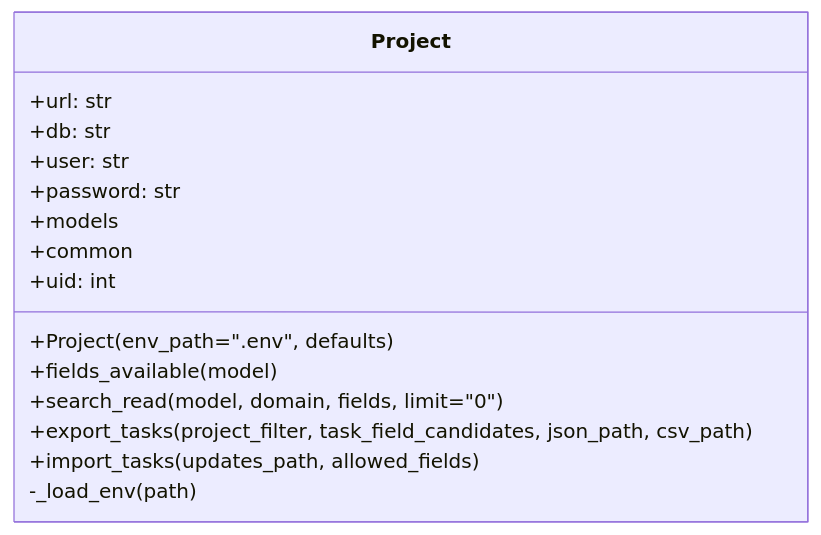
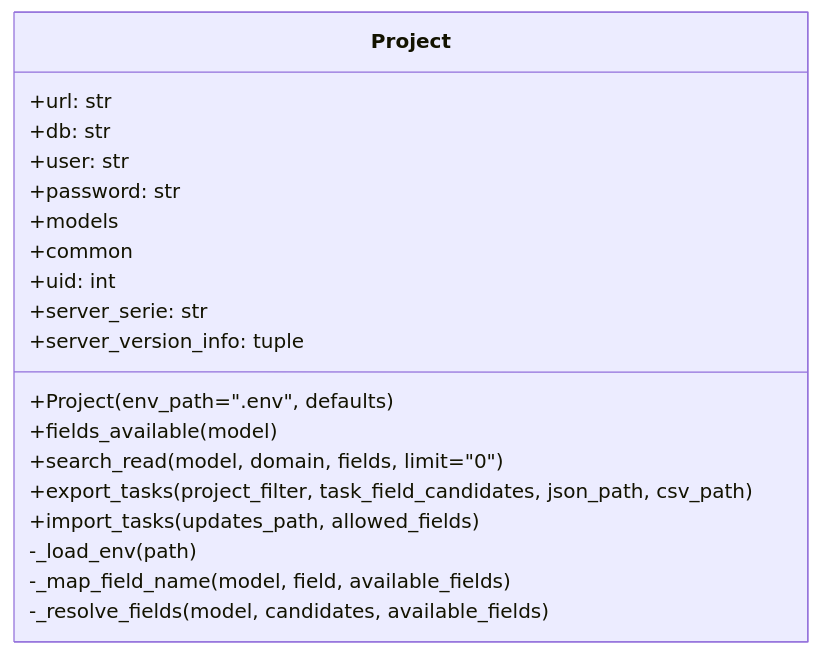
The diagram in README.md (entrezunfredici/MyXMLRPCOdooIOScript), drawn with Mermaid before and after one commit. The commit also changed other lines of this file and 3 other files, not shown here.

````diff
--- a/README.md
+++ b/README.md
@@ -6,18 +11,22 @@
 ```mermaid
 classDiagram
     class Project {
         +url: str
         +db: str
         +user: str
         +password: str
         +models
         +common
         +uid: int
+        +server_serie: str
+        +server_version_info: tuple
         +Project(env_path=".env", defaults)
         +fields_available(model)
         +search_read(model, domain, fields, limit="0")
         +export_tasks(project_filter, task_field_candidates, json_path, csv_path)
         +import_tasks(updates_path, allowed_fields)
         -_load_env(path)
+        -_map_field_name(model, field, available_fields)
+        -_resolve_fields(model, candidates, available_fields)
     }
 ```
````
